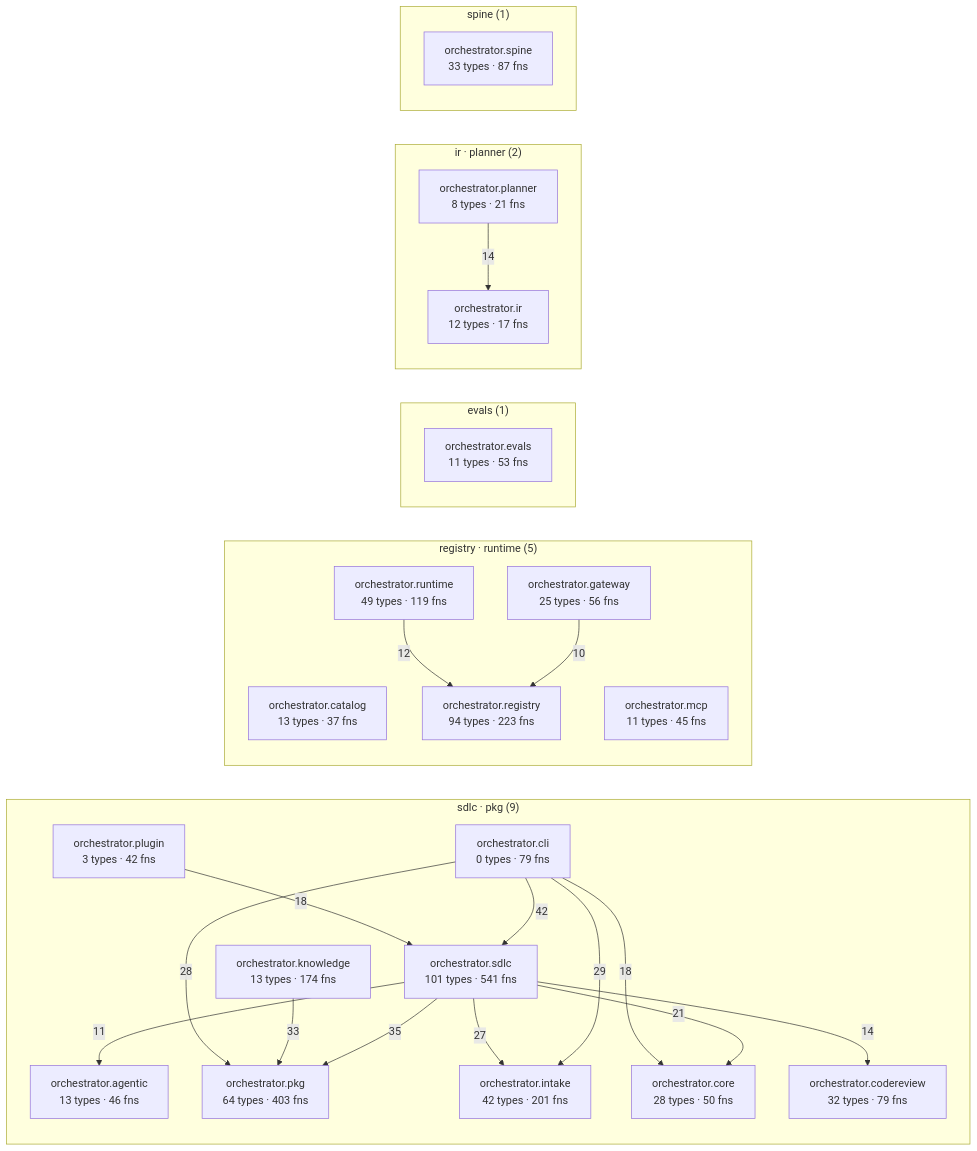
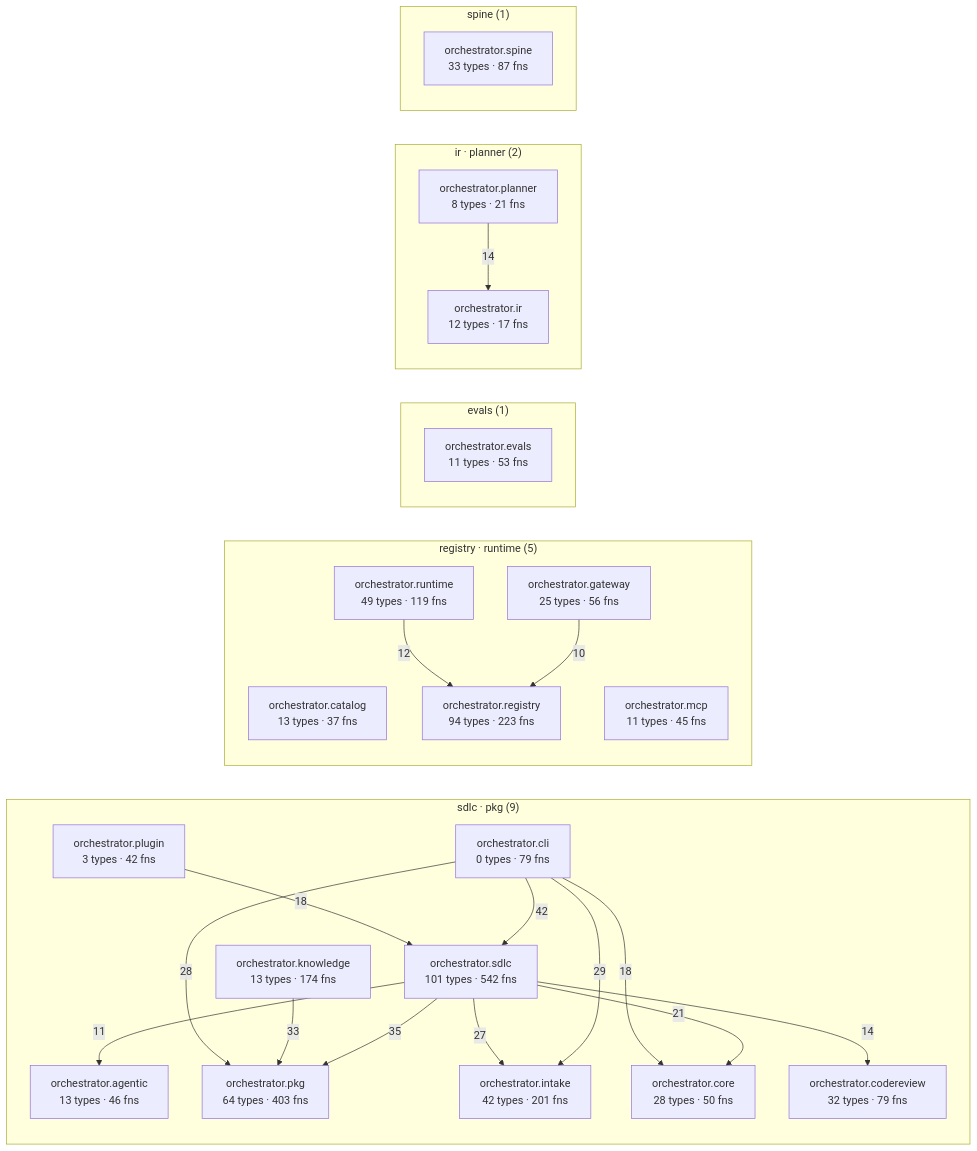
The diagram in episteme/architecture.md (synaptixs/spine), drawn with Mermaid before and after one commit. The commit also changed other lines of this file and 5 other files, not shown here.

````diff
--- a/episteme/architecture.md
+++ b/episteme/architecture.md
@@ -54,45 +54,45 @@
 ```mermaid
 flowchart LR
   subgraph c_1["sdlc · pkg (9)"]
     aorchestratoragentic["orchestrator.agentic<br/>13 types · 46 fns"]
     aorchestratorcli["orchestrator.cli<br/>0 types · 79 fns"]
     aorchestratorcodereview["orchestrator.codereview<br/>32 types · 79 fns"]
     aorchestratorcore["orchestrator.core<br/>28 types · 50 fns"]
     aorchestratorintake["orchestrator.intake<br/>42 types · 201 fns"]
     aorchestratorknowledge["orchestrator.knowledge<br/>13 types · 174 fns"]
     aorchestratorpkg["orchestrator.pkg<br/>64 types · 403 fns"]
     aorchestratorplugin["orchestrator.plugin<br/>3 types · 42 fns"]
-    aorchestratorsdlc["orchestrator.sdlc<br/>101 types · 541 fns"]
+    aorchestratorsdlc["orchestrator.sdlc<br/>101 types · 542 fns"]
   end
   subgraph c_3["registry · runtime (5)"]
     aorchestratorcatalog["orchestrator.catalog<br/>13 types · 37 fns"]
     aorchestratorgateway["orchestrator.gateway<br/>25 types · 56 fns"]
     aorchestratormcp["orchestrator.mcp<br/>11 types · 45 fns"]
     aorchestratorregistry["orchestrator.registry<br/>94 types · 223 fns"]
     aorchestratorruntime["orchestrator.runtime<br/>49 types · 119 fns"]
   end
   subgraph c_5["evals (1)"]
     aorchestratorevals["orchestrator.evals<br/>11 types · 53 fns"]
   end
   subgraph c_7["ir · planner (2)"]
     aorchestratorir["orchestrator.ir<br/>12 types · 17 fns"]
     aorchestratorplanner["orchestrator.planner<br/>8 types · 21 fns"]
   end
   subgraph c_10["spine (1)"]
     aorchestratorspine["orchestrator.spine<br/>33 types · 87 fns"]
   end
   aorchestratorcli -->|42| aorchestratorsdlc
   aorchestratorsdlc -->|35| aorchestratorpkg
   aorchestratorknowledge -->|33| aorchestratorpkg
   aorchestratorcli -->|29| aorchestratorintake
   aorchestratorcli -->|28| aorchestratorpkg
   aorchestratorsdlc -->|27| aorchestratorintake
   aorchestratorsdlc -->|21| aorchestratorcore
   aorchestratorcli -->|18| aorchestratorcore
   aorchestratorplugin -->|18| aorchestratorsdlc
   aorchestratorplanner -->|14| aorchestratorir
   aorchestratorsdlc -->|14| aorchestratorcodereview
   aorchestratorruntime -->|12| aorchestratorregistry
   aorchestratorsdlc -->|11| aorchestratoragentic
   aorchestratorgateway -->|10| aorchestratorregistry
 ```
````
